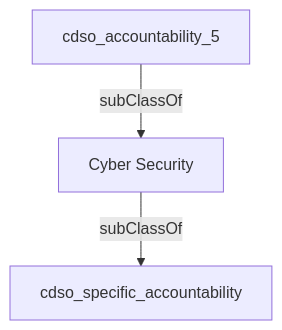
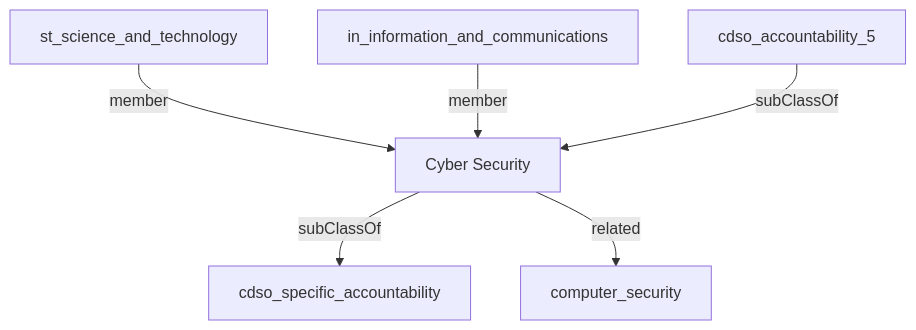
The diagram in content/accountabilities/cyber_security.md (heidingaway/heidi2), drawn with Mermaid before and after one commit. The commit also changed other lines of this file and 372 other files, not shown here.

````diff
--- a/content/accountabilities/cyber_security.md
+++ b/content/accountabilities/cyber_security.md
@@ -24,8 +24,14 @@
 ```mermaid
 graph TD
   Cyber_Security["Cyber Security"]:::current-page-node
+  computer_security["computer_security"]
   cdso_specific_accountability["cdso_specific_accountability"]
+  in_information_and_communications["in_information_and_communications"]
+  st_science_and_technology["st_science_and_technology"]
   cdso_accountability_5["cdso_accountability_5"]
+  st_science_and_technology-->|" member "|Cyber_Security
+  in_information_and_communications-->|" member "|Cyber_Security
+  Cyber_Security-->|" subClassOf "|cdso_specific_accountability
   cdso_accountability_5-->|" subClassOf "|Cyber_Security
-  Cyber_Security-->|" subClassOf "|cdso_specific_accountability
+  Cyber_Security-->|" related "|computer_security
 ```
````
